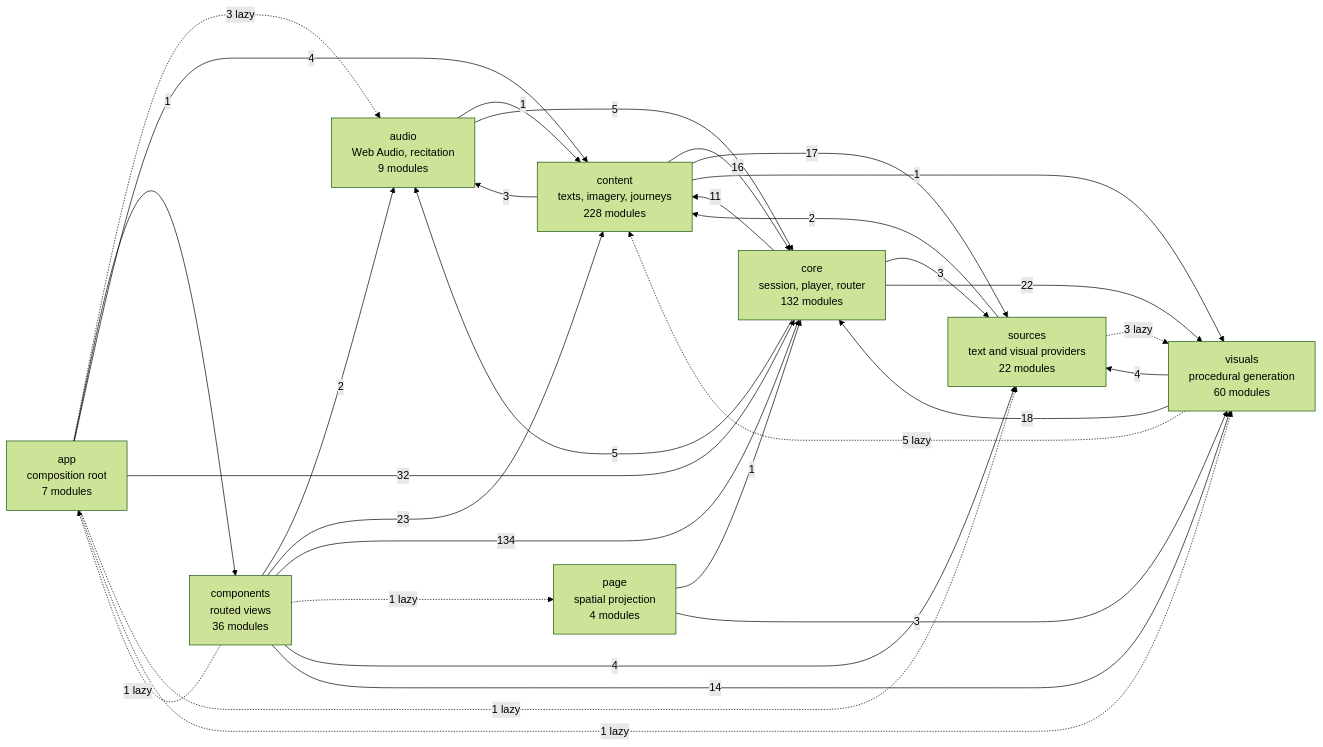
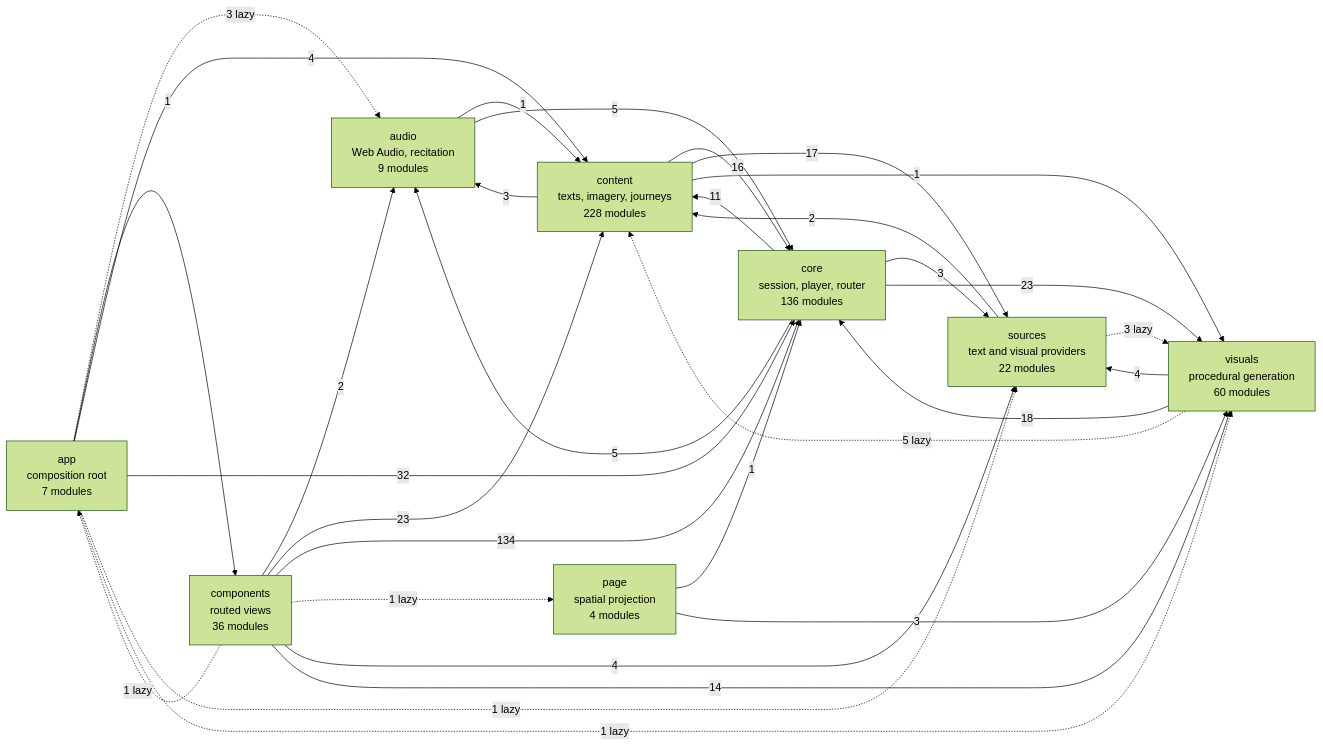
One commit to SyberLabs/RISE changed the diagram in docs/specs/ARCHITECTURE.md. Above: the diagram before and after it, drawn with Mermaid (forest theme). The commit also changed 13 other files, not shown here.

````diff
--- a/docs/specs/ARCHITECTURE.md
+++ b/docs/specs/ARCHITECTURE.md
@@ -160,42 +160,42 @@
 ```mermaid
 flowchart LR
     app["app<br/>composition root<br/>7 modules"]
     audio["audio<br/>Web Audio, recitation<br/>9 modules"]
     components["components<br/>routed views<br/>36 modules"]
     content["content<br/>texts, imagery, journeys<br/>228 modules"]
-    core["core<br/>session, player, router<br/>132 modules"]
+    core["core<br/>session, player, router<br/>136 modules"]
     page["page<br/>spatial projection<br/>4 modules"]
     sources["sources<br/>text and visual providers<br/>22 modules"]
     visuals["visuals<br/>procedural generation<br/>60 modules"]
 
     app -.-> |3 lazy| audio
     app --> |1| components
     app --> |4| content
     app --> |32| core
     app -.-> |1 lazy| sources
     app -.-> |1 lazy| visuals
     audio --> |1| content
     audio --> |5| core
     components -.-> |1 lazy| app
     components --> |2| audio
     components --> |23| content
     components --> |134| core
     components -.-> |1 lazy| page
     components --> |4| sources
     components --> |14| visuals
     content --> |3| audio
     content --> |16| core
     content --> |17| sources
     content --> |1| visuals
     core --> |5| audio
     core --> |11| content
     core --> |3| sources
-    core --> |22| visuals
+    core --> |23| visuals
     page --> |1| core
     page --> |3| visuals
     sources --> |2| content
     sources -.-> |3 lazy| visuals
     visuals -.-> |5 lazy| content
     visuals --> |18| core
     visuals --> |4| sources
 ```
````
